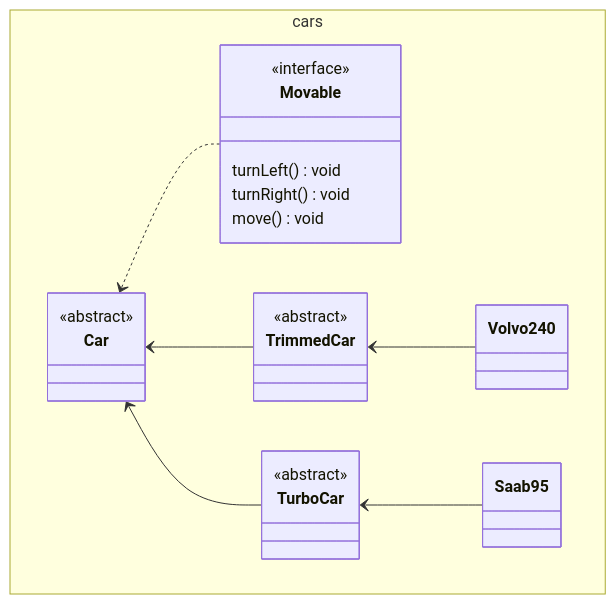
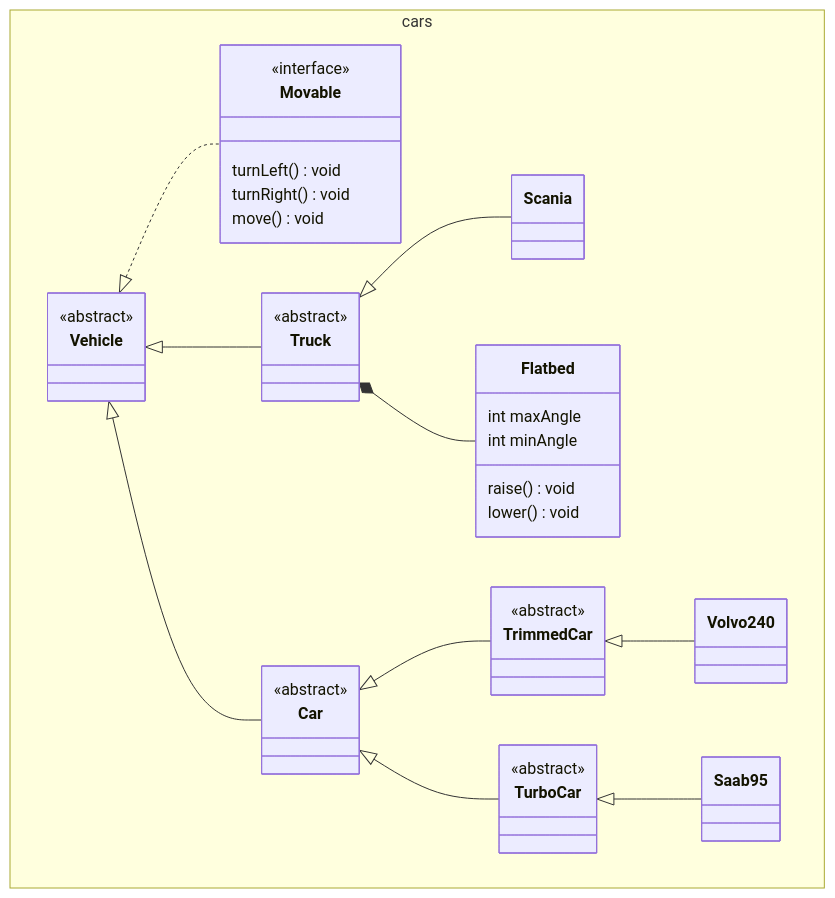
Before and after one commit to hasicx/TDA553-lab1: the diagram in docs/class-diagram.md, drawn with Mermaid.

Commit message:
Add trucks etc to class diagram (& fix relationship typos)

````diff
--- a/docs/class-diagram.md
+++ b/docs/class-diagram.md
@@ -1,34 +1,59 @@
 ```mermaid
 classDiagram
   namespace cars {
     class Movable{
       turnLeft() void
       turnRight() void
       move() void
+    }
+
+    class Vehicle {
+    }
+
+    class Truck {
+    }
+
+    class Scania {
+    }
+
+    class Flatbed {
+      int maxAngle
+      int minAngle
+      raise() void
+      lower() void
     }
 
     class Car {
     }
 
     class TrimmedCar {
     }
 
     class TurboCar {
     }
 
     class Volvo240 {
     }
 
     class Saab95 {
     }
   }
+
+  <<abstract>> Vehicle
+  <<abstract>> Truck
   <<abstract>> Car
   <<abstract>> TrimmedCar
   <<abstract>> TurboCar
   <<interface>> Movable
-  Car <.. Movable
-  Car <-- TrimmedCar
-  Car <-- TurboCar
-  TrimmedCar <-- Volvo240
-  TurboCar <-- Saab95
+
+  Vehicle <|.. Movable
+  Vehicle <|-- Car
+  Vehicle <|-- Truck
+  Truck <|-- Scania
+  Truck *-- Flatbed
+  Car <|-- TrimmedCar
+  Car <|-- TurboCar
+  TrimmedCar <|-- Volvo240
+  TurboCar <|-- Saab95
+
 ```
````
